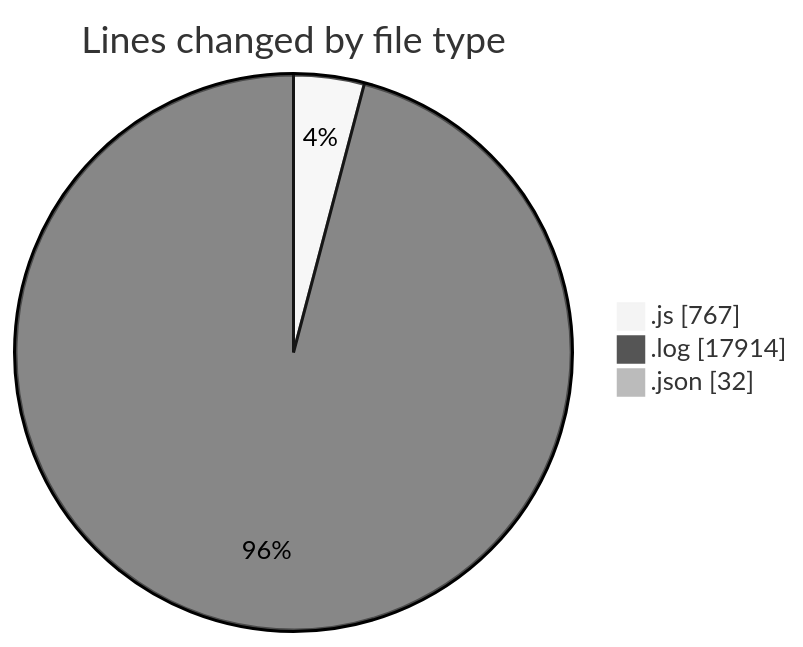
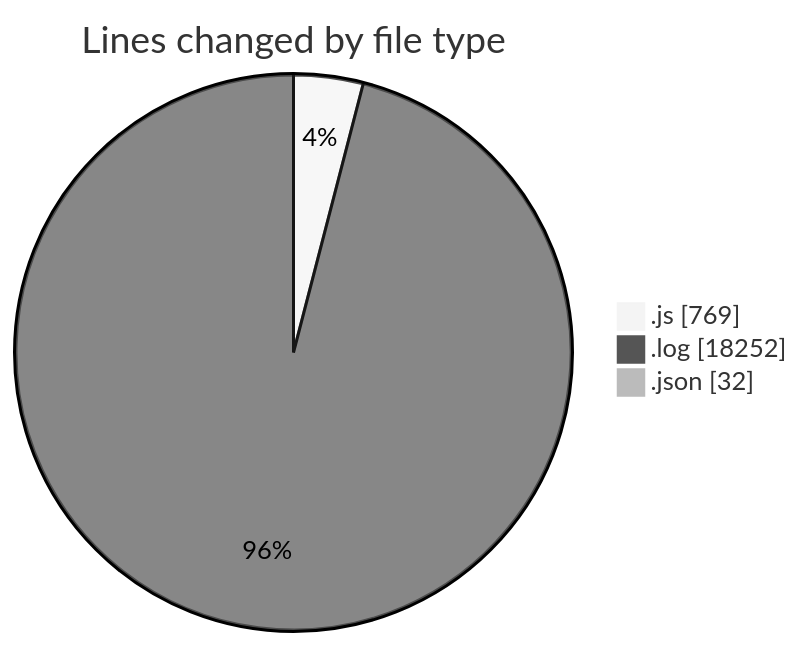
One commit to nxtqubesakshisongat/code-tracking changed the first of 2 diagrams in 2025-04-15/nxtqube_webapp/README.md. Above: the diagram before and after it, drawn with Mermaid (neutral theme). The commit also changed other lines of this file and 1 other file, not shown here.

````diff
--- a/2025-04-15/nxtqube_webapp/README.md
+++ b/2025-04-15/nxtqube_webapp/README.md
@@ -35,7 +36,7 @@
 ```mermaid
 pie showData
 title Lines changed by file type
-".js" : 767
-".log" : 17914
+".js" : 769
+".log" : 18252
 ".json" : 32
 ```
````
